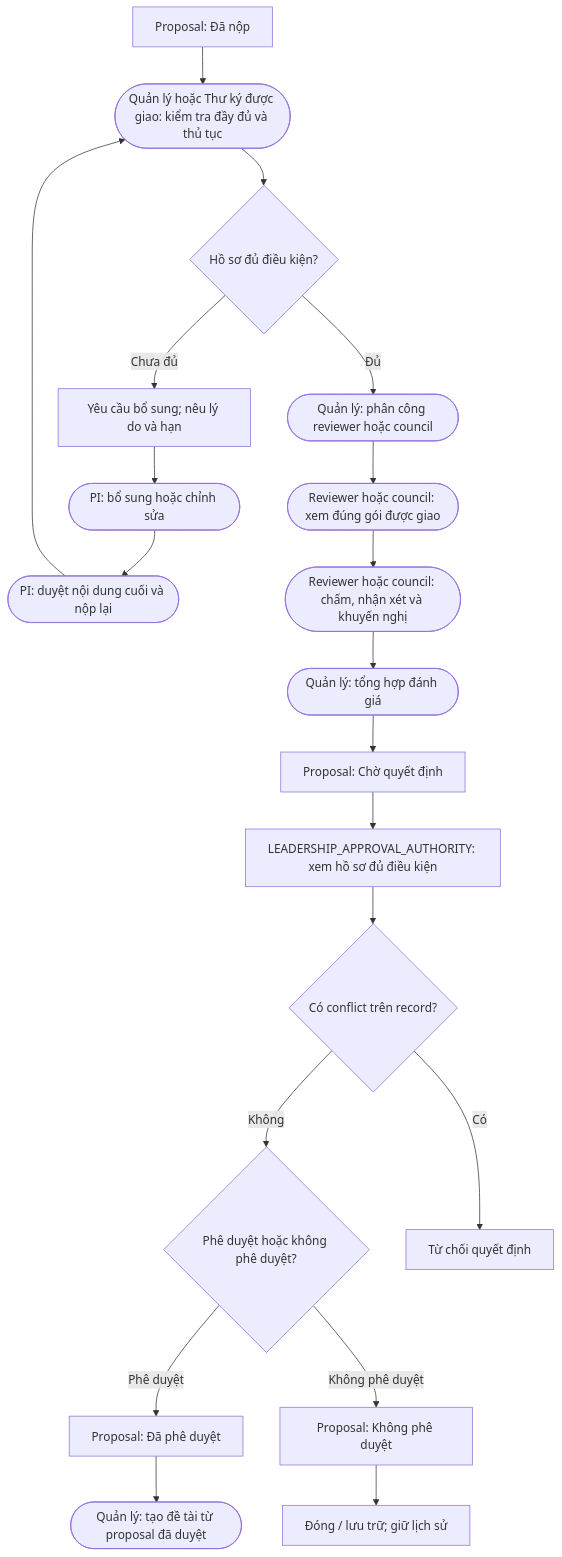
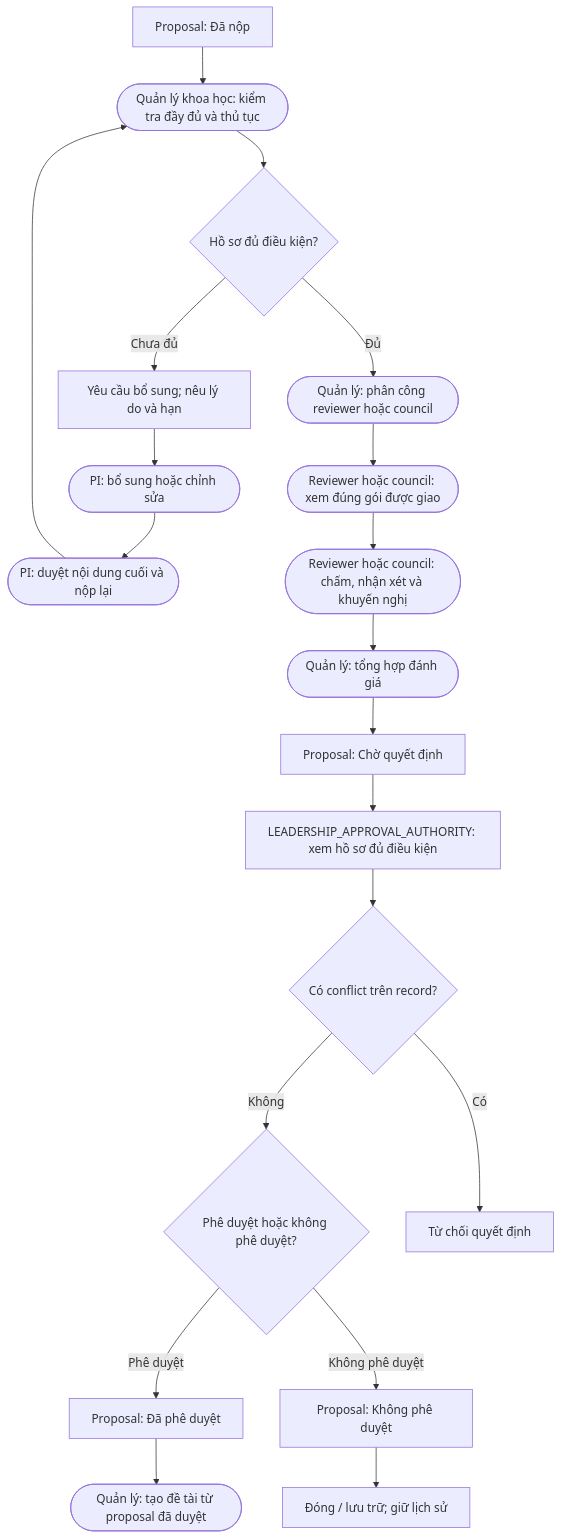
One commit to thanhdotien278/DocManS changed the diagram in docs/diagrams/approval.md. Above: the diagram before and after it, drawn with Mermaid. The commit also changed 66 other files, not shown here.

````diff
--- a/docs/diagrams/approval.md
+++ b/docs/diagrams/approval.md
@@ -3,29 +3,29 @@
 ```mermaid
 flowchart TD
   submitted["Proposal: Đã nộp"]
-  completeness(["Quản lý hoặc Thư ký được giao: kiểm tra đầy đủ và thủ tục"])
+  completeness(["Quản lý khoa học: kiểm tra đầy đủ và thủ tục"])
   complete{"Hồ sơ đủ điều kiện?"}
   supplement["Yêu cầu bổ sung; nêu lý do và hạn"]
   pi_correct(["PI: bổ sung hoặc chỉnh sửa"])
   resubmit(["PI: duyệt nội dung cuối và nộp lại"])
   assign(["Quản lý: phân công reviewer hoặc council"])
   review(["Reviewer hoặc council: xem đúng gói được giao"])
   score(["Reviewer hoặc council: chấm, nhận xét và khuyến nghị"])
   consolidate(["Quản lý: tổng hợp đánh giá"])
   ready["Proposal: Chờ quyết định"]
   authority["LEADERSHIP_APPROVAL_AUTHORITY: xem hồ sơ đủ điều kiện"]
   conflict{"Có conflict trên record?"}
   decision{"Phê duyệt hoặc không phê duyệt?"}
   approved["Proposal: Đã phê duyệt"]
   rejected["Proposal: Không phê duyệt"]
   archive["Đóng / lưu trữ; giữ lịch sử"]
   project(["Quản lý: tạo đề tài từ proposal đã duyệt"])
 
   submitted --> completeness --> complete
   complete -- "Chưa đủ" --> supplement --> pi_correct --> resubmit --> completeness
   complete -- "Đủ" --> assign --> review --> score --> consolidate --> ready --> authority --> conflict
   conflict -- "Có" --> denied["Từ chối quyết định"]
   conflict -- "Không" --> decision
   decision -- "Phê duyệt" --> approved --> project
   decision -- "Không phê duyệt" --> rejected --> archive
 ```
````
